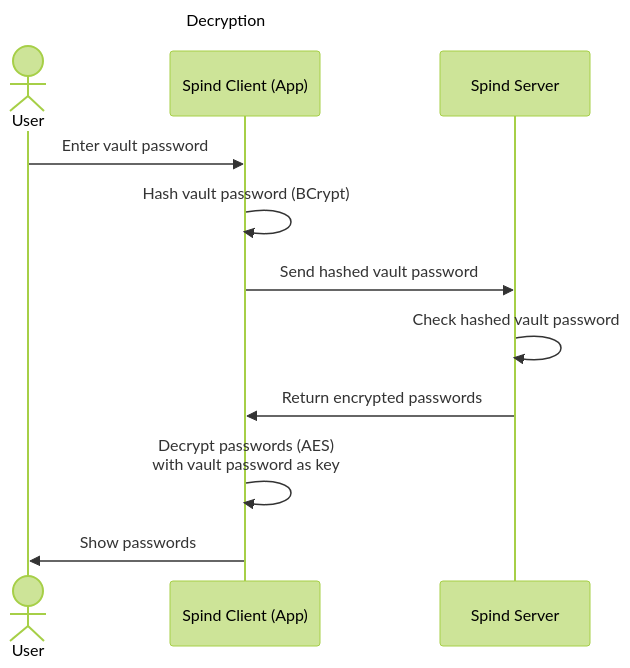
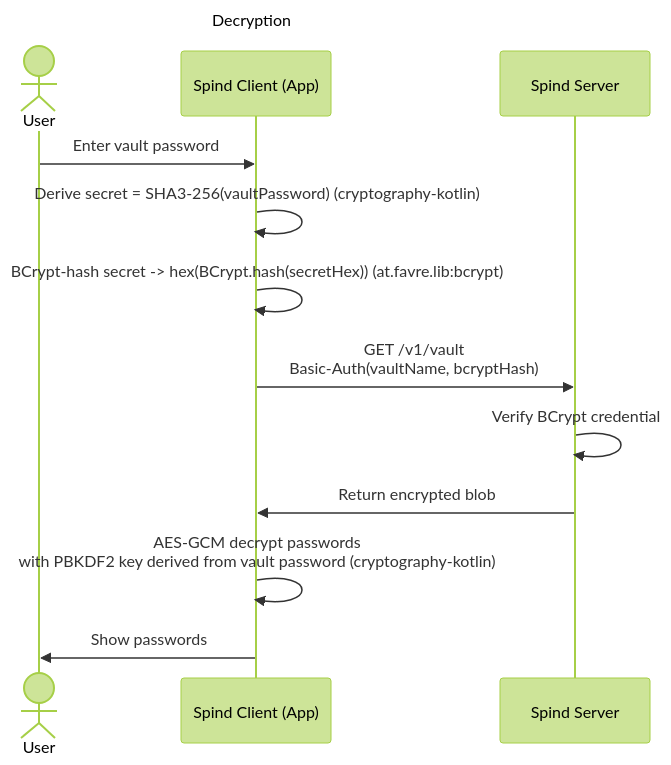
One commit to FabiPunktExe/Spind changed the second of 2 diagrams in README.md. Above: the diagram before and after it, drawn with Mermaid (forest theme). The commit also changed other lines of this file and 1 other file, not shown here.

First line of the commit message:
docs: align README/CONTEXT to Amper toolchain and 4-endpoint server contract

````diff
--- a/README.md
+++ b/README.md
@@ -19,15 +24,16 @@
 ```mermaid
 sequenceDiagram
     title Decryption
     actor User
     participant Spind Client (App)
     participant Spind Server
 
     User->>Spind Client (App): Enter vault password
-    Spind Client (App)->>Spind Client (App): Hash vault password (BCrypt)
-    Spind Client (App)->>Spind Server: Send hashed vault password
-    Spind Server->>Spind Server: Check hashed vault password
-    Spind Server->>Spind Client (App): Return encrypted passwords
-    Spind Client (App)->>Spind Client (App): Decrypt passwords (AES)<br>with vault password as key
+    Spind Client (App)->>Spind Client (App): Derive secret = SHA3-256(vaultPassword) (cryptography-kotlin)
+    Spind Client (App)->>Spind Client (App): BCrypt-hash secret -> hex(BCrypt.hash(secretHex)) (at.favre.lib:bcrypt)
+    Spind Client (App)->>Spind Server: GET /v1/vault<br>Basic-Auth(vaultName, bcryptHash)
+    Spind Server->>Spind Server: Verify BCrypt credential
+    Spind Server->>Spind Client (App): Return encrypted blob
+    Spind Client (App)->>Spind Client (App): AES-GCM decrypt passwords<br>with PBKDF2 key derived from vault password (cryptography-kotlin)
     Spind Client (App)->>User: Show passwords
 ```
````
